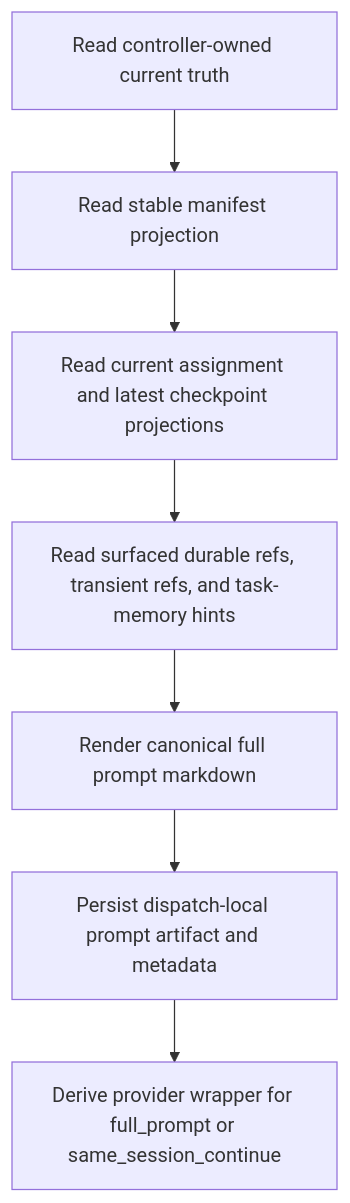
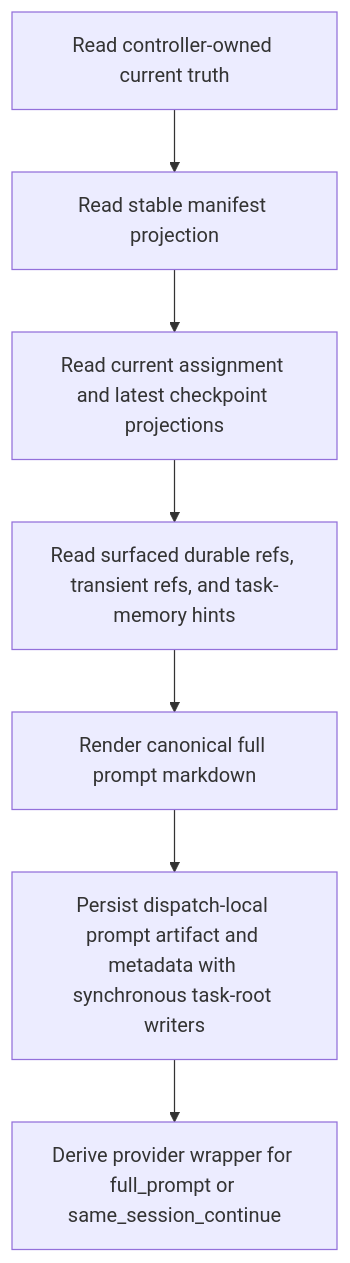
Before and after one commit to ringlochid/AutoClaw: the diagram in docs/redesign/prompt-layer/render-and-persistence.md, drawn with Mermaid. The commit also changed other lines of this file and 68 other files, not shown here.

````diff
--- a/docs/redesign/prompt-layer/render-and-persistence.md
+++ b/docs/redesign/prompt-layer/render-and-persistence.md
@@ -9,9 +9,9 @@
 ```mermaid
 flowchart TD
     A["Read controller-owned current truth"] --> B["Read stable manifest projection"]
     B --> C["Read current assignment and latest checkpoint projections"]
     C --> D["Read surfaced durable refs, transient refs, and task-memory hints"]
     D --> E["Render canonical full prompt markdown"]
-    E --> F["Persist dispatch-local prompt artifact and metadata"]
+    E --> F["Persist dispatch-local prompt artifact and metadata with synchronous task-root writers"]
     F --> G["Derive provider wrapper for full_prompt or same_session_continue"]
 ```
````
